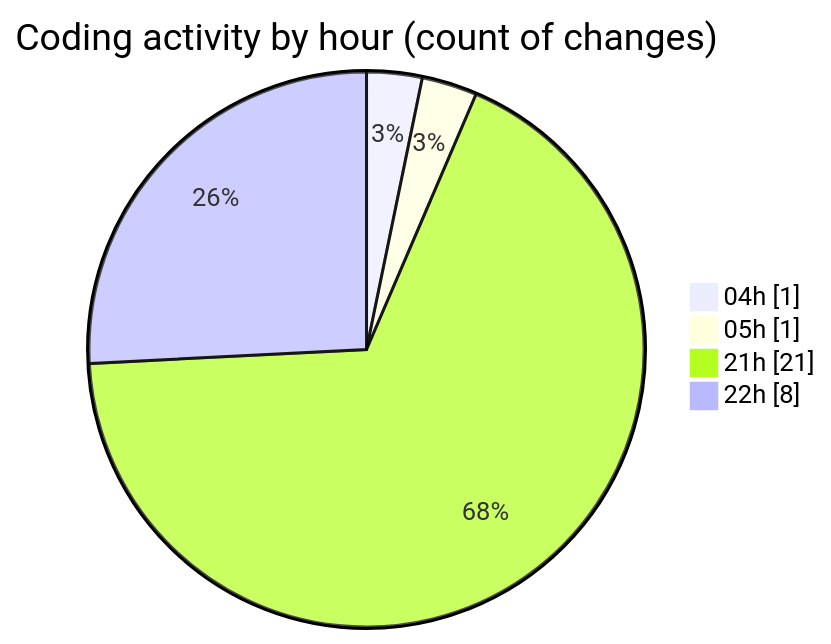
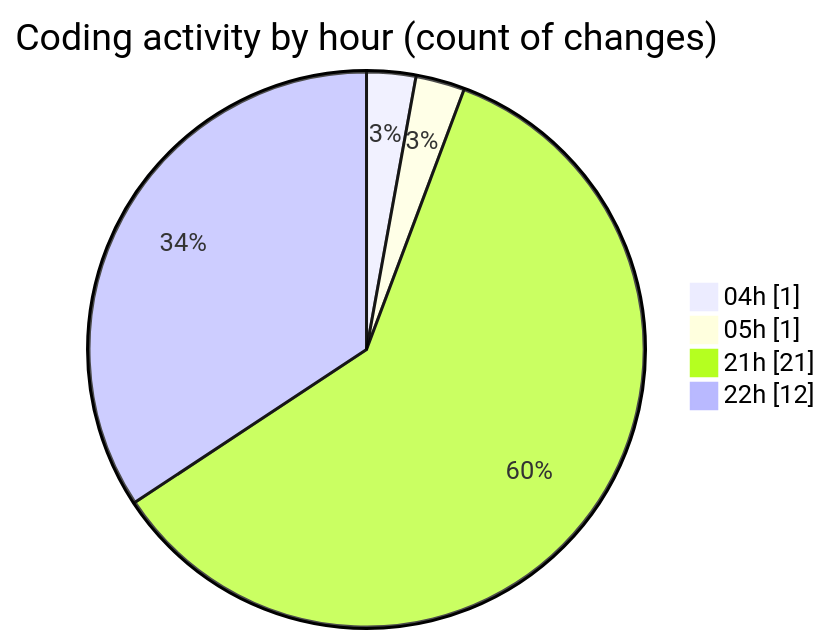
One commit to idhammustaqopulfikri/code-tracking changed the second of 2 diagrams in 2025-03-26/autodidak/README.md. Above: the diagram before and after it, drawn with Mermaid. The commit also changed other lines of this file and 1 other file, not shown here.

````diff
--- a/2025-03-26/autodidak/README.md
+++ b/2025-03-26/autodidak/README.md
@@ -42,8 +42,8 @@
 ```mermaid
 pie showData
 title Coding activity by hour (count of changes)
 "04h" : 1
 "05h" : 1
 "21h" : 21
-"22h" : 8
+"22h" : 12
 ```
````
